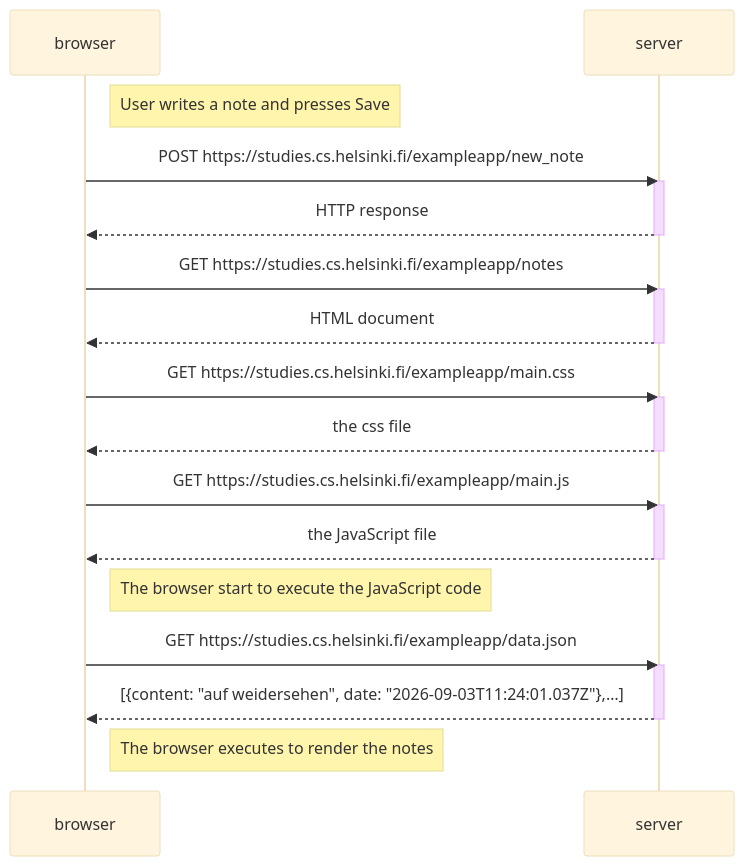
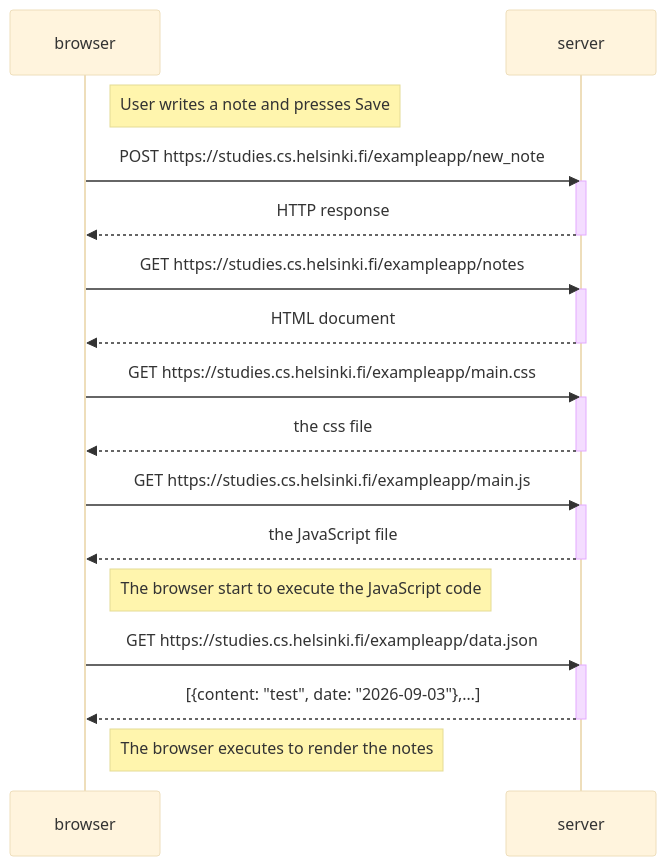
Before and after one commit to onnanna/fullstack-palautusrepo: the diagram in osa0/uusimuistiinpano.md, drawn with Mermaid (base theme).

Commit message:
typo fix
Updated the sequence diagram to reflect the change in note content.

````diff
--- a/osa0/uusimuistiinpano.md
+++ b/osa0/uusimuistiinpano.md
@@ -1,37 +1,37 @@
 ```mermaid
 sequenceDiagram
     participant browser
     participant server
 
     Note right of browser: User writes a note and presses Save
 
     browser->>server: POST https://studies.cs.helsinki.fi/exampleapp/new_note
     activate server
     server-->>browser: HTTP response
     deactivate server
 
     browser->>server: GET https://studies.cs.helsinki.fi/exampleapp/notes
     activate server
     server-->>browser: HTML document
     deactivate server
 
     browser->>server: GET https://studies.cs.helsinki.fi/exampleapp/main.css
     activate server
     server-->>browser: the css file
     deactivate server
 
     browser->>server: GET https://studies.cs.helsinki.fi/exampleapp/main.js
     activate server
     server-->>browser: the JavaScript file
     deactivate server
 
     Note right of browser: The browser start to execute the JavaScript code
 
     browser->>server: GET https://studies.cs.helsinki.fi/exampleapp/data.json
     activate server
-    server-->>browser: [{content: "auf weidersehen", date: "2026-09-03T11:24:01.037Z"},…]
+    server-->>browser: [{content: "test", date: "2026-09-03"},…]
     deactivate server
 
     Note right of browser: The browser executes to render the notes
 
 ```
````
